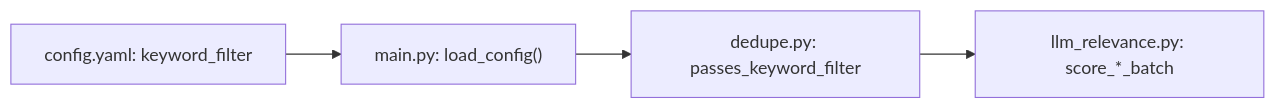
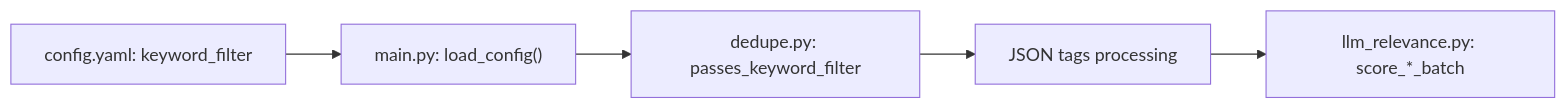
Before and after one commit to shakthi-vinayak/news: the fifth of 5 diagrams in .qoder/repowiki/en/content/Content Processing Pipeline/Keyword Pre-filtering.md, drawn with Mermaid. The commit also changed other lines of this file and 37 other files, not shown here.

````diff
--- a/.qoder/repowiki/en/content/Content Processing Pipeline/Keyword Pre-filtering.md
+++ b/.qoder/repowiki/en/content/Content Processing Pipeline/Keyword Pre-filtering.md
@@ -193,6 +228,7 @@
 ```mermaid
 graph LR
 CFG["config.yaml: keyword_filter"] --> ORCH["main.py: load_config()"]
 ORCH --> FILTER["dedupe.py: passes_keyword_filter"]
-FILTER --> LLM["llm_relevance.py: score_*_batch"]
+FILTER --> TAGS["JSON tags processing"]
+TAGS --> LLM["llm_relevance.py: score_*_batch"]
 ```
````
